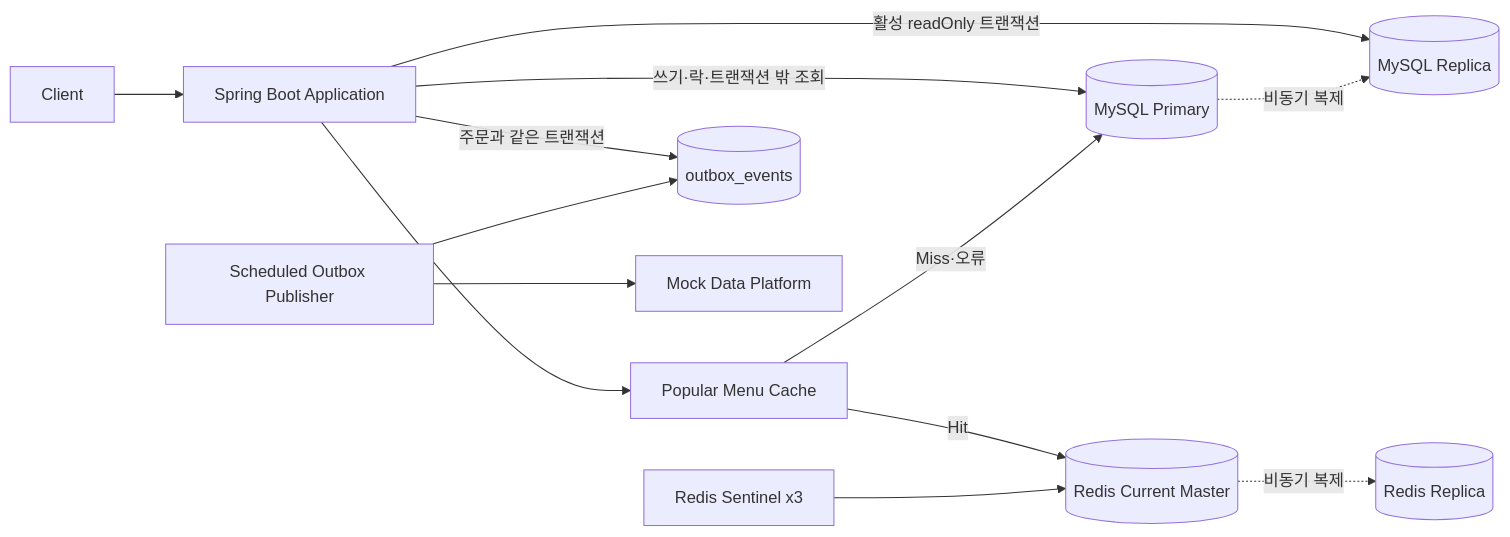
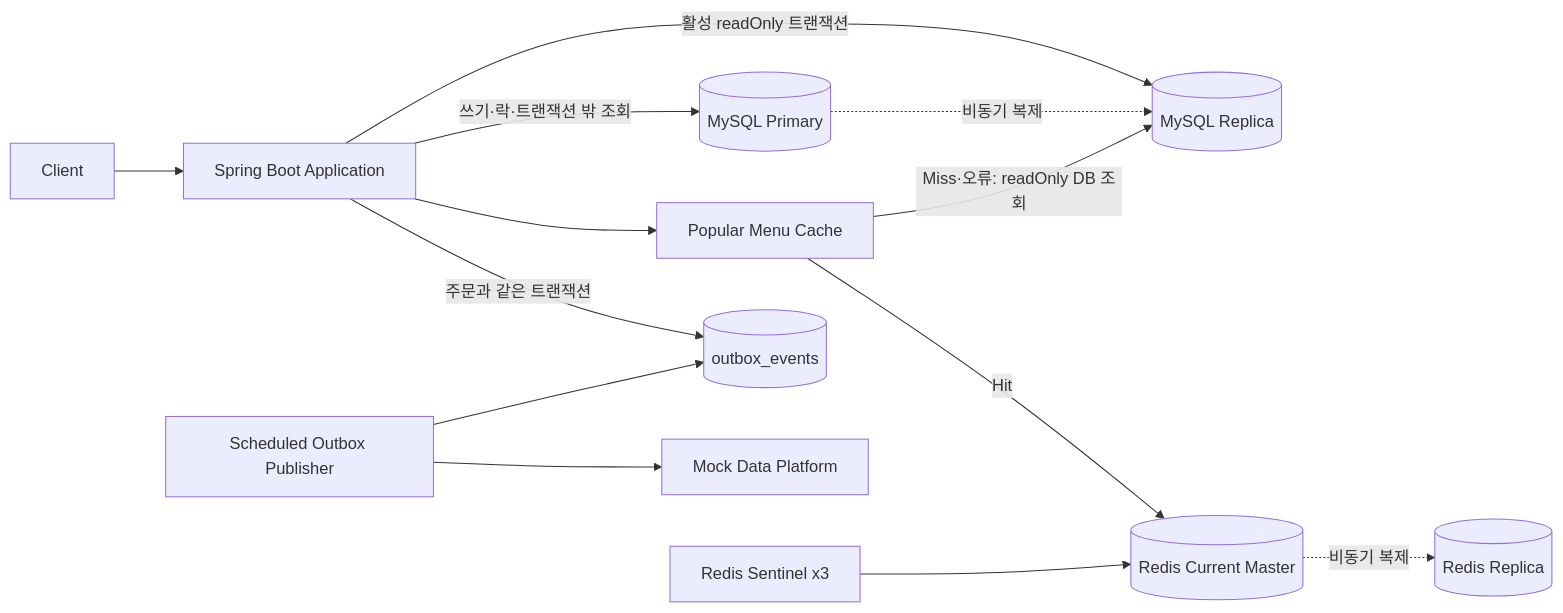
Before and after one commit to hyeonseung-dev/coffee-order-system: the diagram in README.md, drawn with Mermaid. The commit also changed other lines of this file, not shown here.

````diff
--- a/README.md
+++ b/README.md
@@ -41,19 +41,19 @@
 ```mermaid
 flowchart LR
     Client[Client] --> App[Spring Boot Application]
 
     App -->|쓰기·락·트랜잭션 밖 조회| Primary[(MySQL Primary)]
     App -->|활성 readOnly 트랜잭션| Replica[(MySQL Replica)]
     Primary -. 비동기 복제 .-> Replica
 
     App --> Cache[Popular Menu Cache]
     Cache -->|Hit| RedisMaster[(Redis Current Master)]
-    Cache -->|Miss·오류| Primary
+    Cache -->|Miss·오류: readOnly DB 조회| Replica
 
     Sentinel[Redis Sentinel x3] --> RedisMaster
     RedisMaster -. 비동기 복제 .-> RedisReplica[(Redis Replica)]
 
     App -->|주문과 같은 트랜잭션| Outbox[(outbox_events)]
     Publisher[Scheduled Outbox Publisher] --> Outbox
     Publisher --> Platform[Mock Data Platform]
 ```
````
